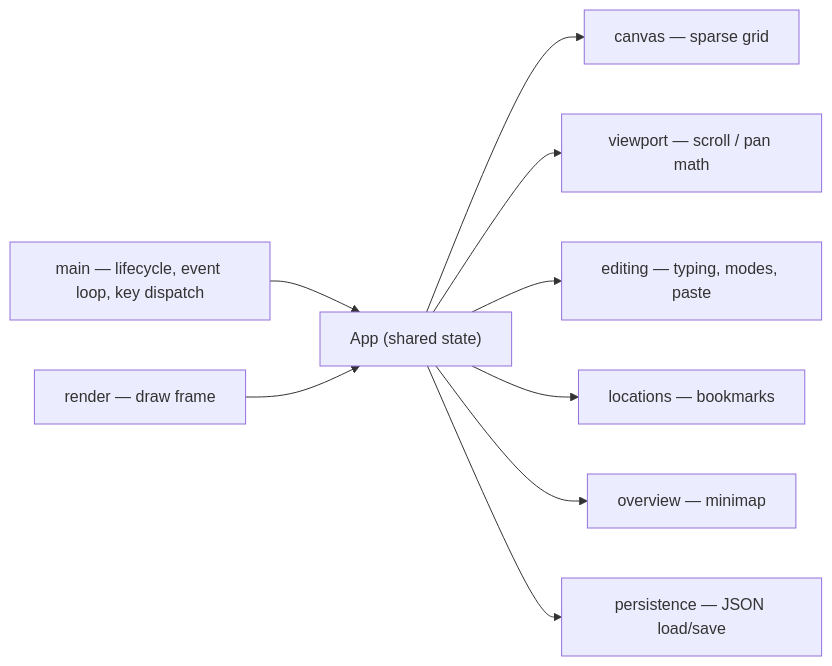
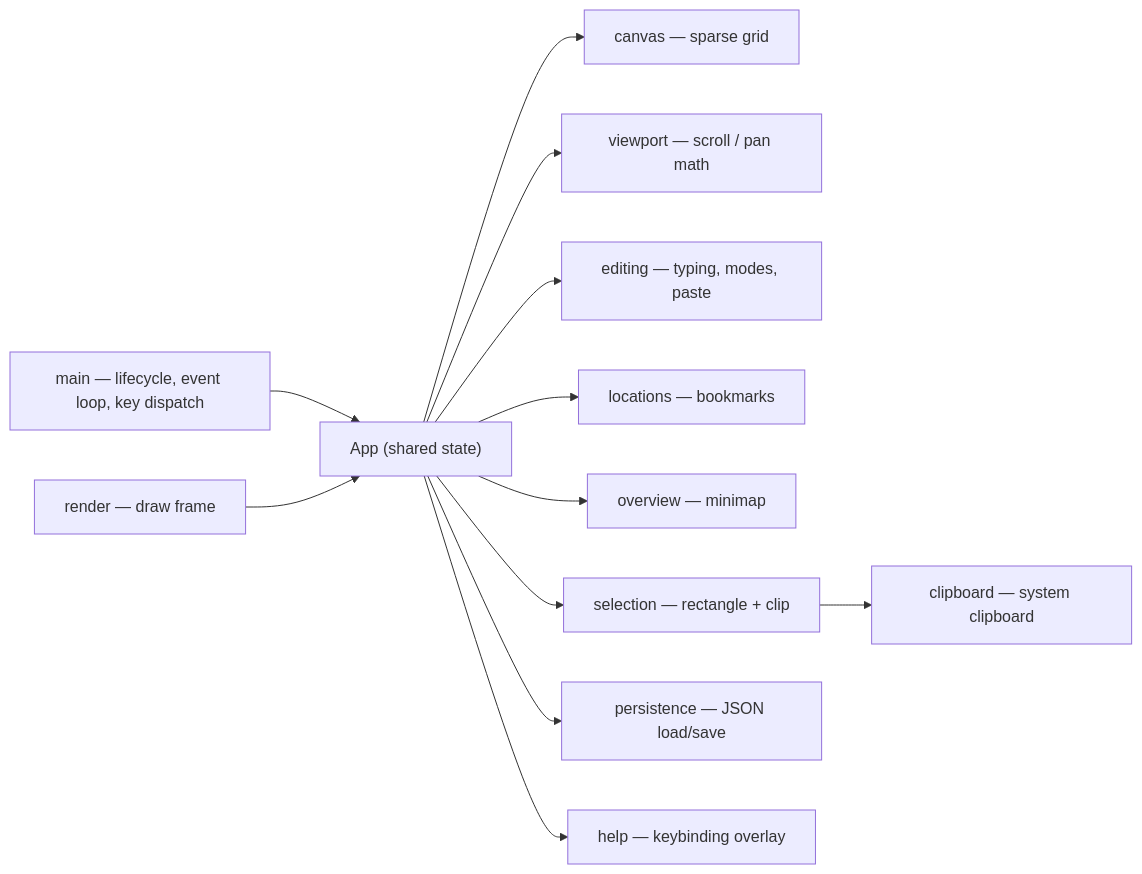
The diagram in README.md (epatel/terminal_pad), drawn with Mermaid before and after one commit. The commit also changed other lines of this file and 3 other files, not shown here.

````diff
--- a/README.md
+++ b/README.md
@@ -115,11 +135,14 @@
 ```mermaid
 flowchart LR
   main["main — lifecycle, event loop, key dispatch"] --> app["App (shared state)"]
   app --> canvas["canvas — sparse grid"]
   app --> viewport["viewport — scroll / pan math"]
   app --> editing["editing — typing, modes, paste"]
   app --> locations["locations — bookmarks"]
   app --> overview["overview — minimap"]
+  app --> selection["selection — rectangle + clip"]
   app --> persistence["persistence — JSON load/save"]
+  app --> help["help — keybinding overlay"]
+  selection --> clipboard["clipboard — system clipboard"]
   render["render — draw frame"] --> app
 ```
````
